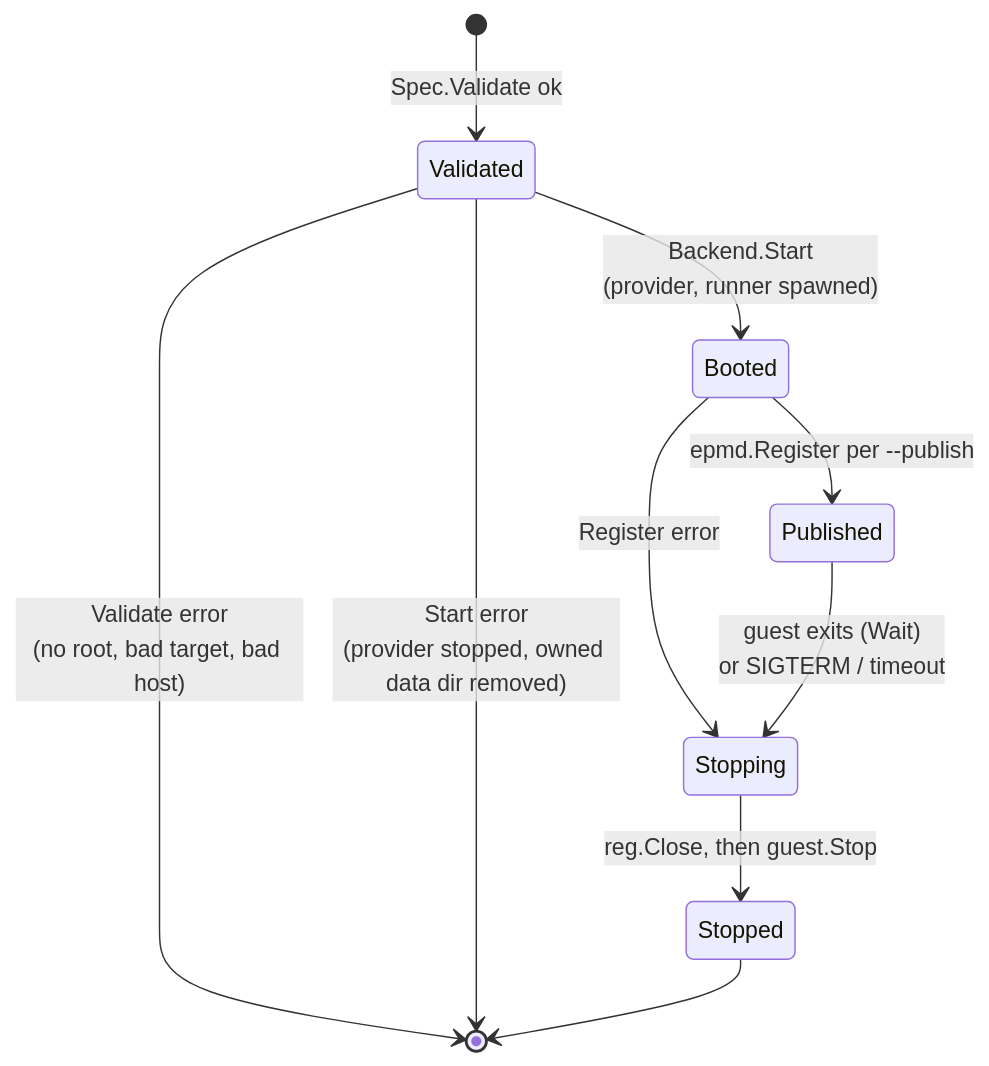
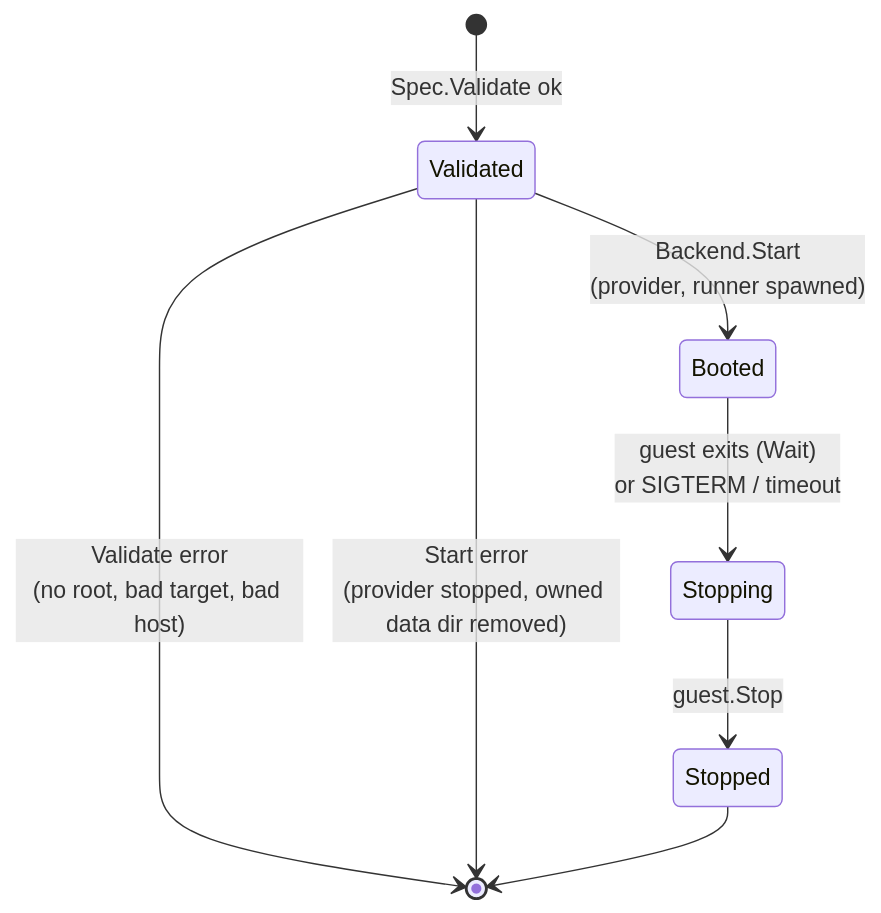
Before and after one commit to Roasbeef/loom: the fifth of 5 diagrams in docs/architecture/microvm.md, drawn with Mermaid. The commit also changed other lines of this file and 3 other files, not shown here.

````diff
--- a/docs/architecture/microvm.md
+++ b/docs/architecture/microvm.md
@@ -419,12 +376,10 @@
 ```mermaid
 stateDiagram-v2
     [*] --> Validated: Spec.Validate ok
     Validated --> [*]: Validate error<br/>(no root, bad target, bad host)
     Validated --> Booted: Backend.Start<br/>(provider, runner spawned)
     Validated --> [*]: Start error<br/>(provider stopped, owned data dir removed)
-    Booted --> Published: epmd.Register per --publish
-    Booted --> Stopping: Register error
-    Published --> Stopping: guest exits (Wait)<br/>or SIGTERM / timeout
-    Stopping --> Stopped: reg.Close, then guest.Stop
+    Booted --> Stopping: guest exits (Wait)<br/>or SIGTERM / timeout
+    Stopping --> Stopped: guest.Stop
     Stopped --> [*]
 ```
````
